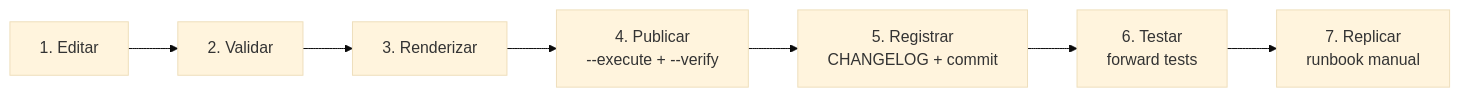
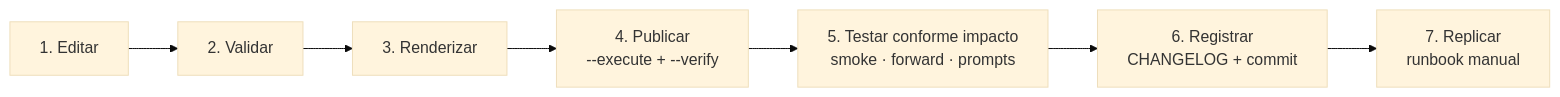
Before and after one commit to Guimarais-R-Rodrigo/Ambiente_Databricks: the diagram in docs/playbooks/ciclo-de-vida.md, drawn with Mermaid (base theme). The commit also changed other lines of this file and 18 other files, not shown here.

````diff
--- a/docs/playbooks/ciclo-de-vida.md
+++ b/docs/playbooks/ciclo-de-vida.md
@@ -8,6 +8,8 @@
 ```mermaid
 flowchart LR
   E["1. Editar"] --> V["2. Validar"] --> R["3. Renderizar"]
-  R --> P["4. Publicar<br/>--execute + --verify"] --> G["5. Registrar<br/>CHANGELOG + commit"]
-  G --> T["6. Testar<br/>forward tests"] --> W["7. Replicar<br/>runbook manual"]
+  R --> P["4. Publicar<br/>--execute + --verify"]
+  P --> T["5. Testar conforme impacto<br/>smoke · forward · prompts"]
+  T --> G["6. Registrar<br/>CHANGELOG + commit"]
+  G --> W["7. Replicar<br/>runbook manual"]
 ```
````
